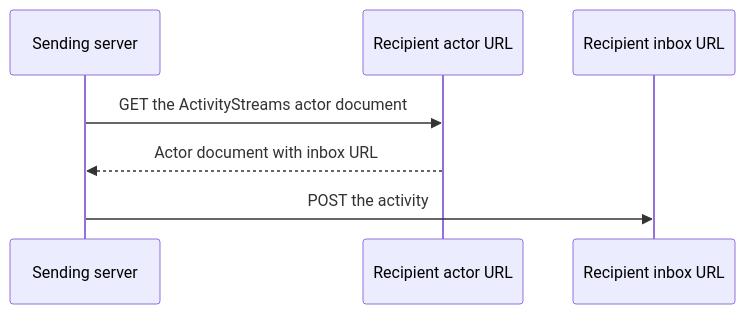
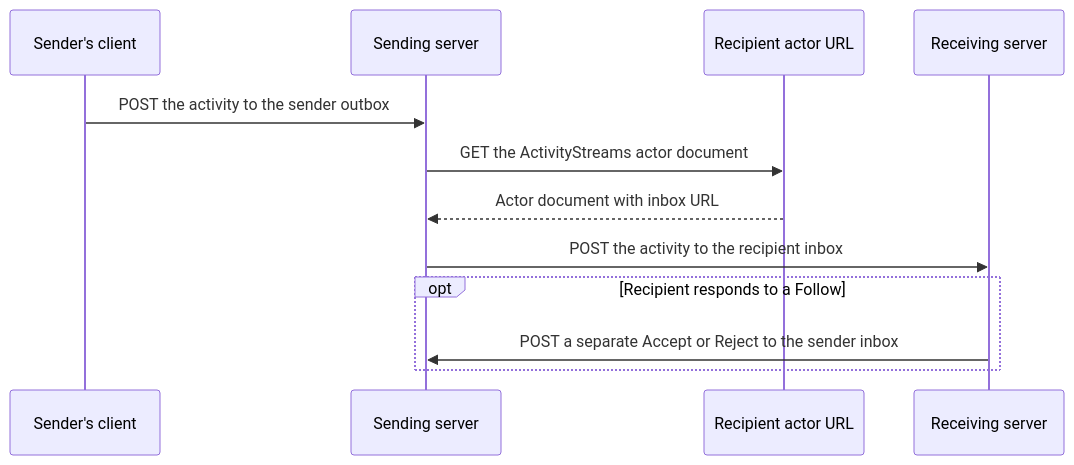
Before and after one commit to zomglings/neo-alexandria: the fifth of 10 diagrams in docs/discovery-methods/README.md, drawn with Mermaid. The commit also changed other lines of this file, not shown here.

Commit message:
Document ActivityPub and AT Protocol discovery flows (#4)

````diff
--- a/docs/discovery-methods/README.md
+++ b/docs/discovery-methods/README.md
@@ -126,9 +129,14 @@
 ```mermaid
 sequenceDiagram
+    participant C as Sender's client
     participant S as Sending server
     participant A as Recipient actor URL
-    participant I as Recipient inbox URL
+    participant R as Receiving server
+    C->>S: POST the activity to the sender outbox
     S->>A: GET the ActivityStreams actor document
     A-->>S: Actor document with inbox URL
-    S->>I: POST the activity
+    S->>R: POST the activity to the recipient inbox
+    opt Recipient responds to a Follow
+        R->>S: POST a separate Accept or Reject to the sender inbox
+    end
 ```
````
